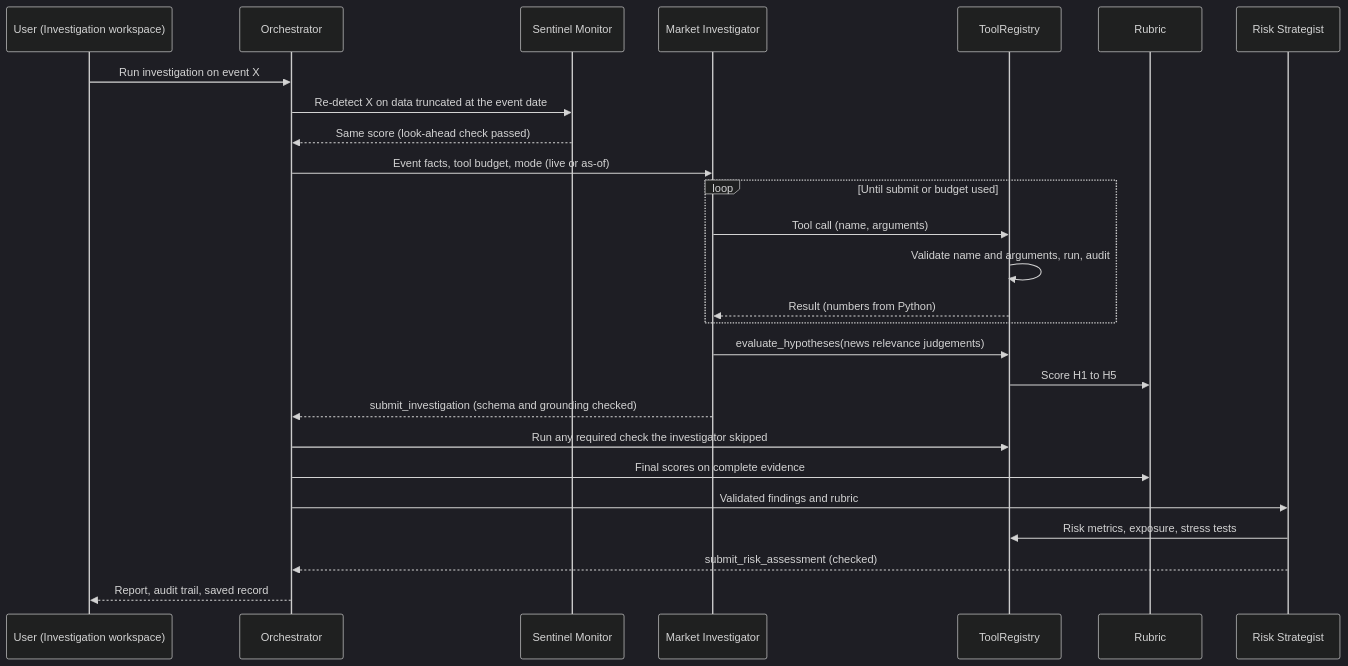
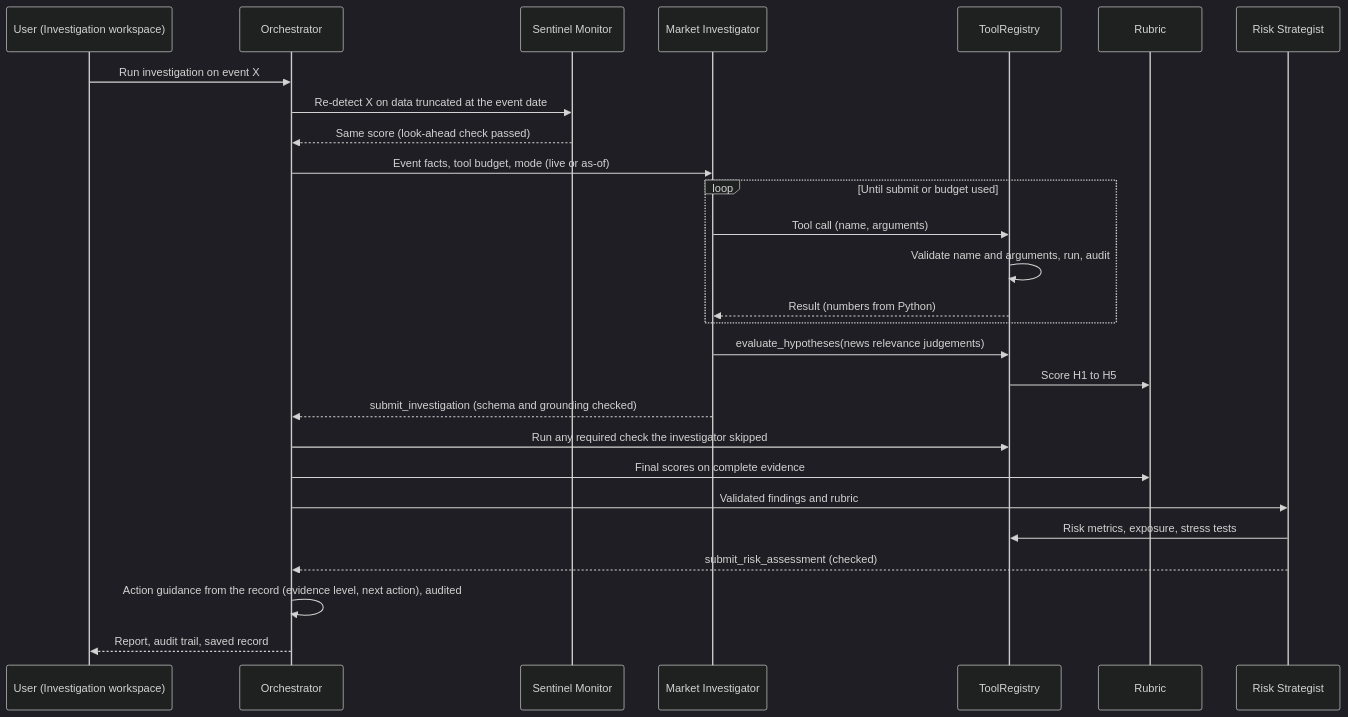
Before and after one commit to shahnevan18-cell/Market-sentinel: the second of 2 diagrams in docs/architecture.md, drawn with Mermaid (dark theme). The commit also changed other lines of this file and 28 other files, not shown here.

````diff
--- a/docs/architecture.md
+++ b/docs/architecture.md
@@ -76,28 +76,29 @@
 ```mermaid
 sequenceDiagram
     participant U as User (Investigation workspace)
     participant O as Orchestrator
     participant M as Sentinel Monitor
     participant I as Market Investigator
     participant T as ToolRegistry
     participant R as Rubric
     participant S as Risk Strategist
     U->>O: Run investigation on event X
     O->>M: Re-detect X on data truncated at the event date
     M-->>O: Same score (look-ahead check passed)
     O->>I: Event facts, tool budget, mode (live or as-of)
     loop Until submit or budget used
         I->>T: Tool call (name, arguments)
         T->>T: Validate name and arguments, run, audit
         T-->>I: Result (numbers from Python)
     end
     I->>T: evaluate_hypotheses(news relevance judgements)
     T->>R: Score H1 to H5
     I-->>O: submit_investigation (schema and grounding checked)
     O->>T: Run any required check the investigator skipped
     O->>R: Final scores on complete evidence
     O->>S: Validated findings and rubric
     S->>T: Risk metrics, exposure, stress tests
     S-->>O: submit_risk_assessment (checked)
+    O->>O: Action guidance from the record (evidence level, next action), audited
     O-->>U: Report, audit trail, saved record
 ```
````
